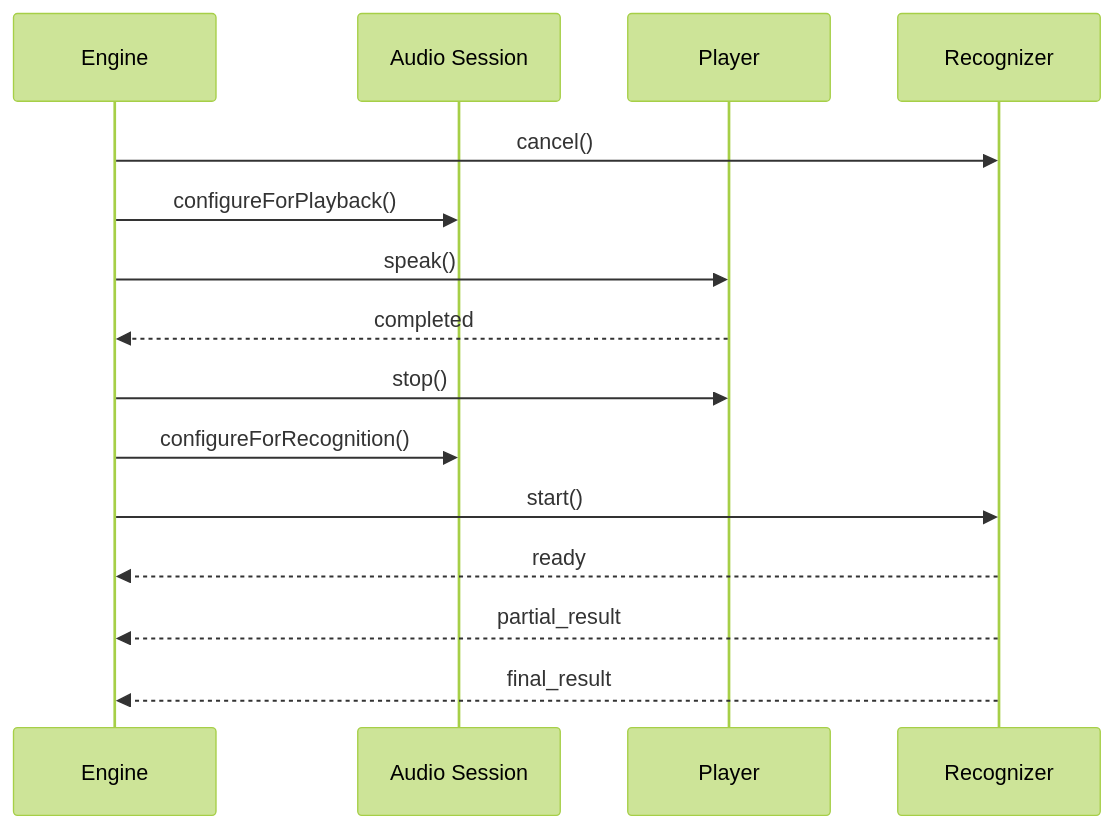
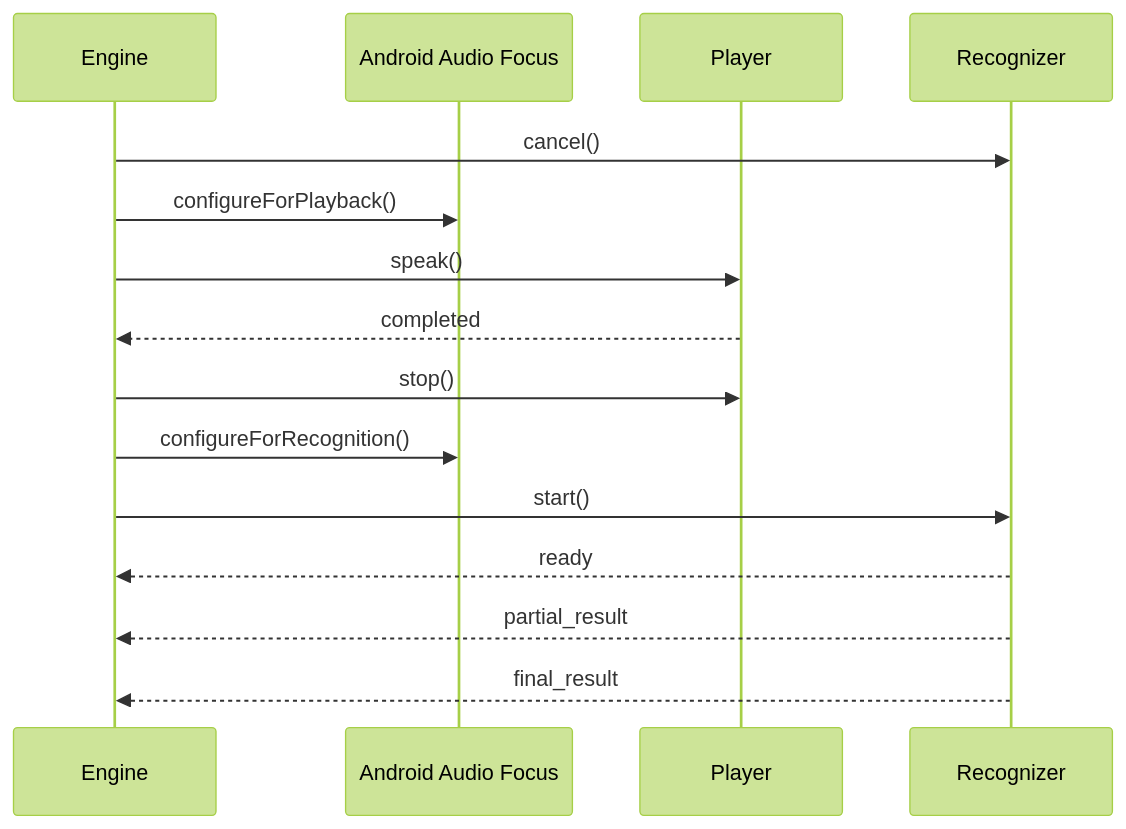
One commit to xhconceit/EchoCards changed the second of 2 diagrams in docs/reference/speech-api.md. Above: the diagram before and after it, drawn with Mermaid (forest theme). The commit also changed other lines of this file and 8 other files, not shown here.

````diff
--- a/docs/reference/speech-api.md
+++ b/docs/reference/speech-api.md
@@ -283,18 +232,18 @@
 ```mermaid
 sequenceDiagram
     participant Engine
-    participant Audio as Audio Session
+    participant Audio as Android Audio Focus
     participant Player
     participant Recognizer
 
     Engine->>Recognizer: cancel()
     Engine->>Audio: configureForPlayback()
     Engine->>Player: speak()
     Player-->>Engine: completed
     Engine->>Player: stop()
     Engine->>Audio: configureForRecognition()
     Engine->>Recognizer: start()
     Recognizer-->>Engine: ready
     Recognizer-->>Engine: partial_result
     Recognizer-->>Engine: final_result
 ```
````
